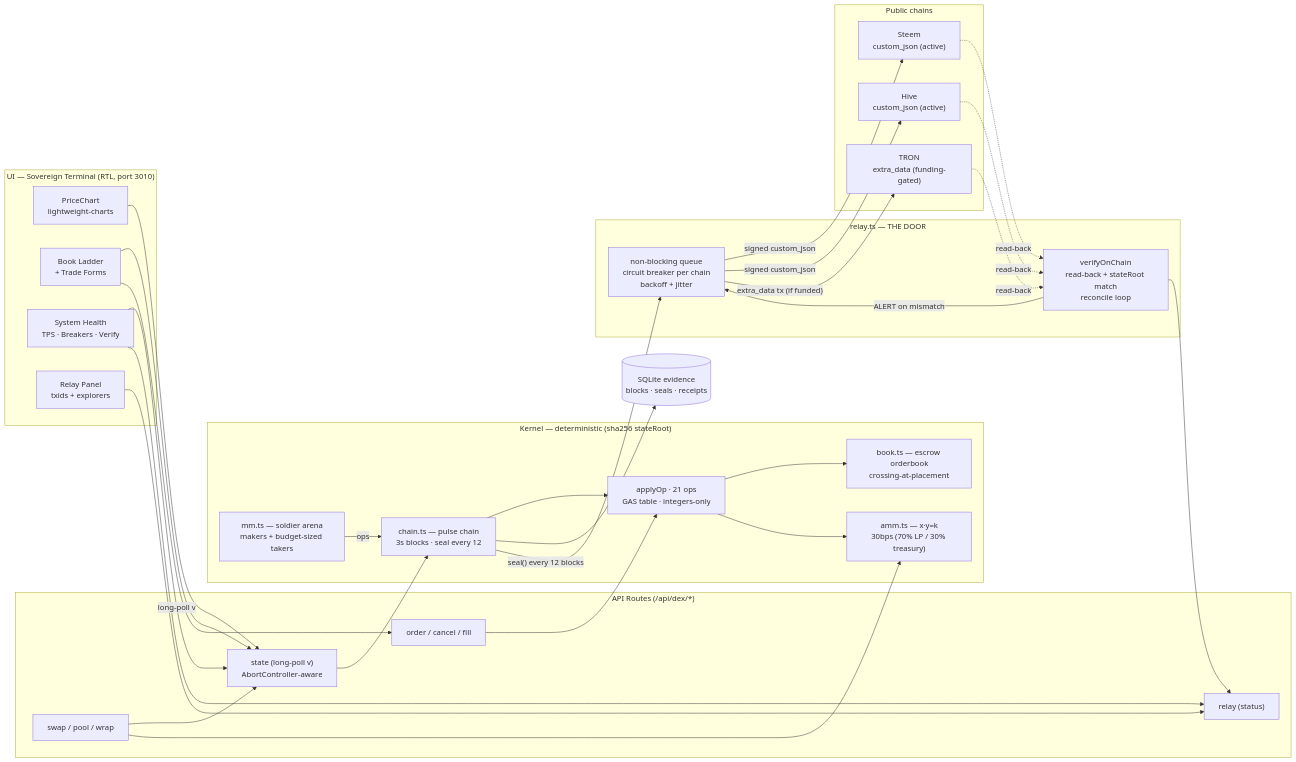
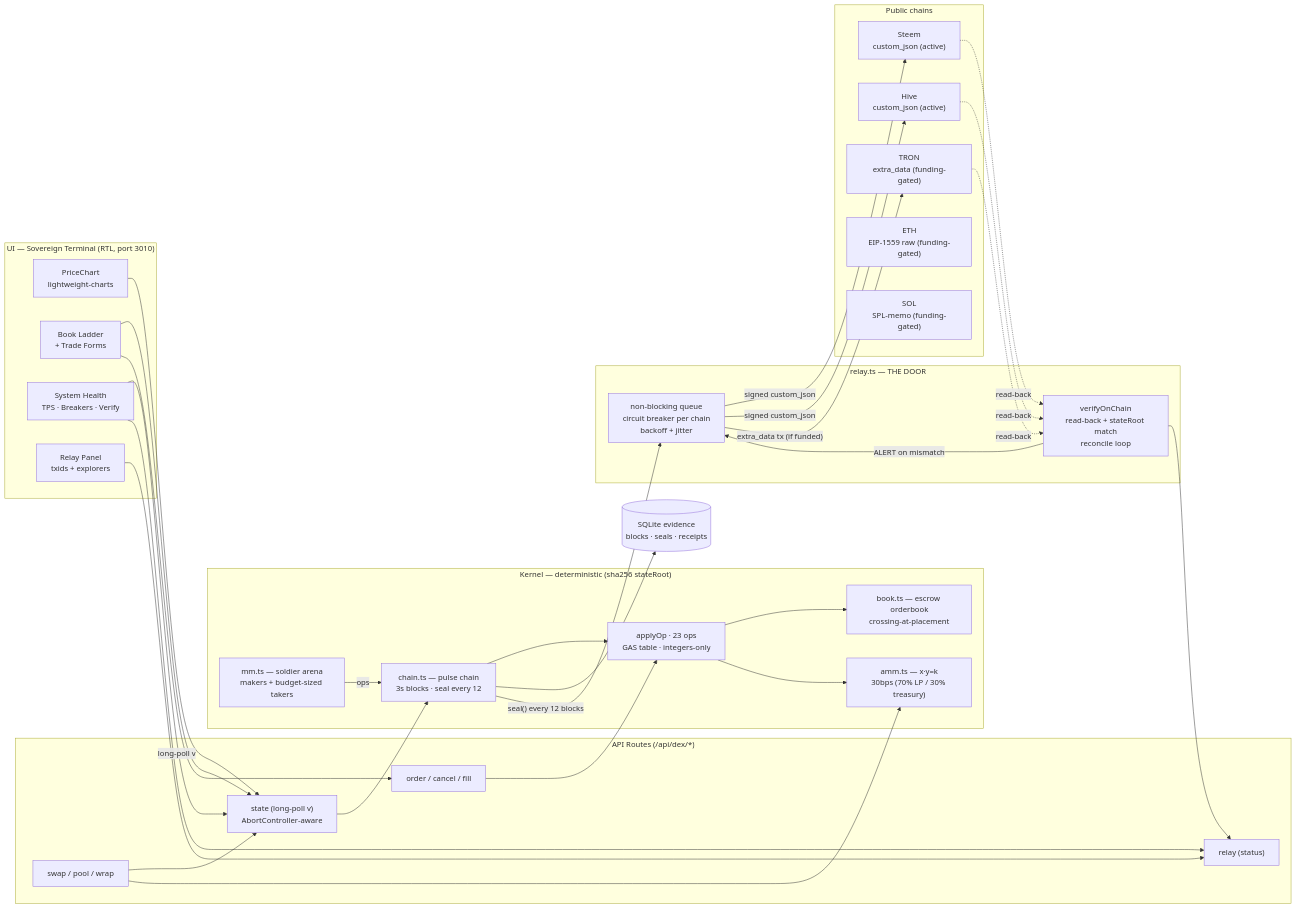
Before and after one commit to roshpinacare-sys/saos-dex: the diagram in README.md, drawn with Mermaid. The commit also changed other lines of this file and 31 other files, not shown here.

````diff
--- a/README.md
+++ b/README.md
@@ -10,63 +10,65 @@
 ```mermaid
 flowchart LR
     subgraph UI["UI — Sovereign Terminal (RTL, port 3010)"]
         CH["PriceChart<br/>lightweight-charts"]
         BOOK["Book Ladder<br/>+ Trade Forms"]
         HEALTH["System Health<br/>TPS · Breakers · Verify"]
         RELAYUI["Relay Panel<br/>txids + explorers"]
     end
 
     subgraph API["API Routes (/api/dex/*)"]
         STATE["state (long-poll v)<br/>AbortController-aware"]
         ORDER["order / cancel / fill"]
         SWAP["swap / pool / wrap"]
         RELAYAPI["relay (status)"]
     end
 
     subgraph CORE["Kernel — deterministic (sha256 stateRoot)"]
-        K["applyOp · 21 ops<br/>GAS table · integers-only"]
+        K["applyOp · 23 ops<br/>GAS table · integers-only"]
         B["book.ts — escrow orderbook<br/>crossing-at-placement"]
         AMM["amm.ts — x·y=k<br/>30bps (70% LP / 30% treasury)"]
         MM["mm.ts — soldier arena<br/>makers + budget-sized takers"]
         CHAIN["chain.ts — pulse chain<br/>3s blocks · seal every 12"]
     end
 
     subgraph RELAY["relay.ts — THE DOOR"]
         Q["non-blocking queue<br/>circuit breaker per chain<br/>backoff + jitter"]
         V["verifyOnChain<br/>read-back + stateRoot match<br/>reconcile loop"]
     end
 
     subgraph PUBLIC["Public chains"]
         S["Steem<br/>custom_json (active)"]
         H["Hive<br/>custom_json (active)"]
         T["TRON<br/>extra_data (funding-gated)"]
+        E["ETH<br/>EIP-1559 raw (funding-gated)"]
+        SL["SOL<br/>SPL-memo (funding-gated)"]
     end
 
     DB[("SQLite evidence<br/>blocks · seals · receipts")]
 
     CH -->|"long-poll v"| STATE
     BOOK --> STATE
     BOOK --> ORDER
     HEALTH --> STATE
     HEALTH --> RELAYAPI
     RELAYUI --> RELAYAPI
     SWAP --> STATE
 
     STATE --> CHAIN
     ORDER --> K
     SWAP --> AMM
     K --> B
     K --> AMM
     MM -->|"ops"| CHAIN
     CHAIN --> K
     CHAIN --> DB
     CHAIN -->|"seal() every 12 blocks"| Q
     Q -->|"signed custom_json"| S
     Q -->|"signed custom_json"| H
     Q -->|"extra_data tx (if funded)"| T
     S -.->|"read-back"| V
     H -.->|"read-back"| V
     T -.->|"read-back"| V
     V -->|"ALERT on mismatch"| Q
     V --> RELAYAPI
 ```
````
